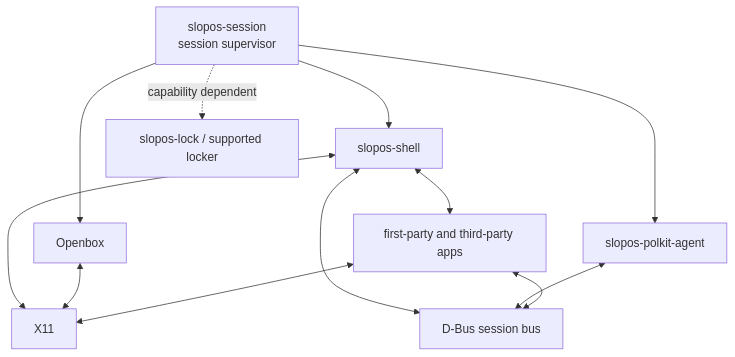
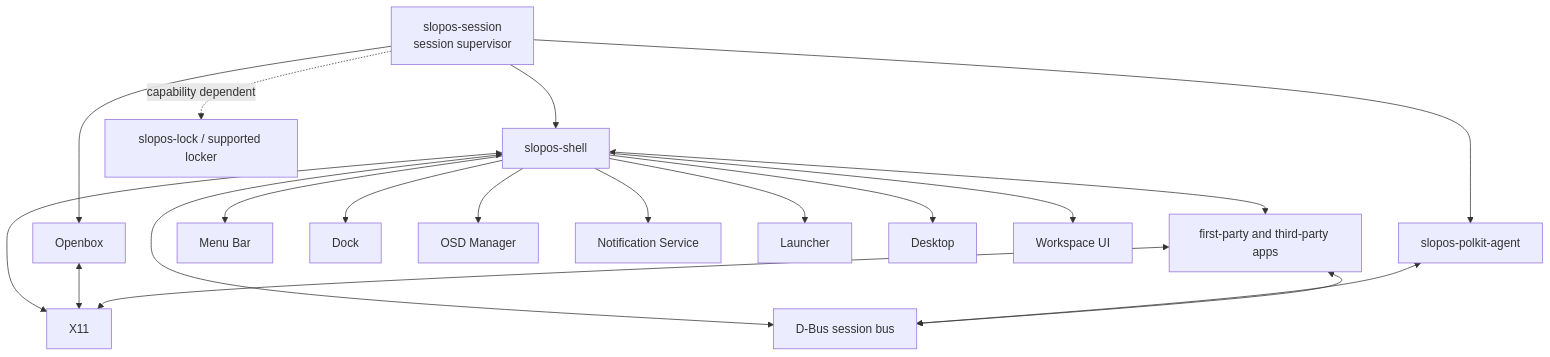
The third of 5 diagrams in AGENTS.md (palaashatri/rust-slopos), drawn with Mermaid before and after one commit. The commit also changed other lines of this file, not shown here.

Commit message:
docs: define complete shell, Dock, applets and OSD platform

````diff
--- a/AGENTS.md
+++ b/AGENTS.md
@@ -349,23 +419,31 @@
-```mermaid
+~~~mermaid
 flowchart TB
     SESS[slopos-session<br/>session supervisor]
     WM[Openbox]
     SH[slopos-shell]
     LOCK[slopos-lock / supported locker]
     POLKIT[slopos-polkit-agent]
     APPS[first-party and third-party apps]
 
     SESS --> WM
     SESS --> SH
     SESS --> POLKIT
     SESS -. capability dependent .-> LOCK
+
+    SH --> MB[Menu Bar]
+    SH --> DK[Dock]
+    SH --> OS[OSD Manager]
+    SH --> NT[Notification Service]
+    SH --> LN[Launcher]
+    SH --> DT[Desktop]
+    SH --> WS[Workspace UI]
+
     SH <--> APPS
-
     SH <--> DBUS[D-Bus session bus]
     POLKIT <--> DBUS
     APPS <--> DBUS
 
     SH <--> X[X11]
     WM <--> X
     APPS <--> X
-```
+~~~
````
